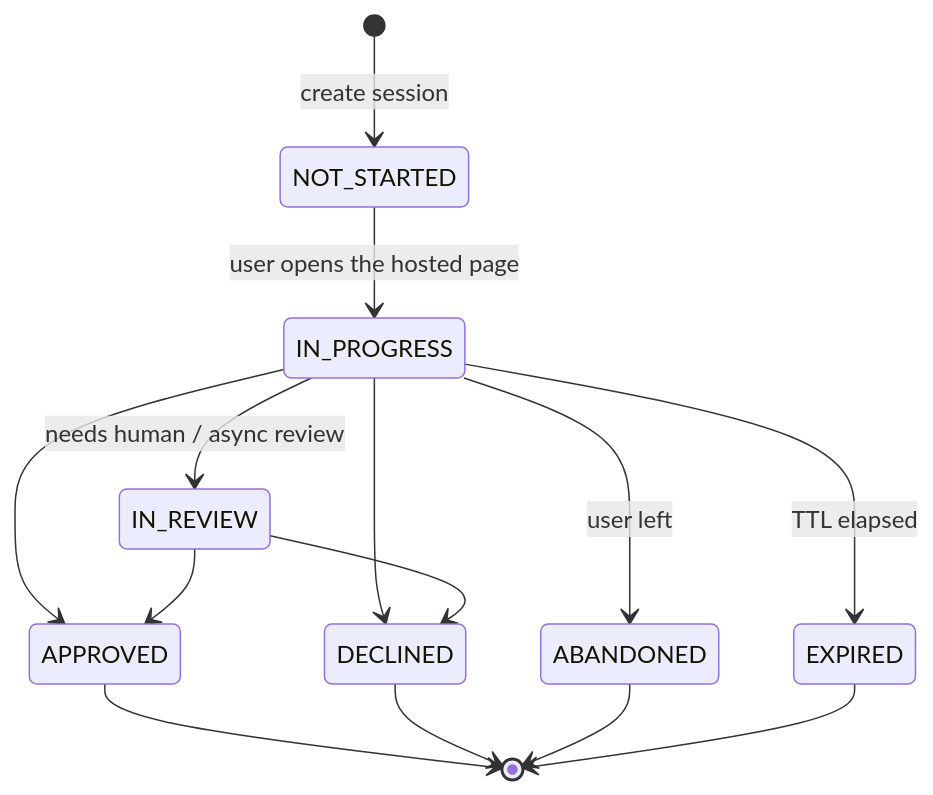
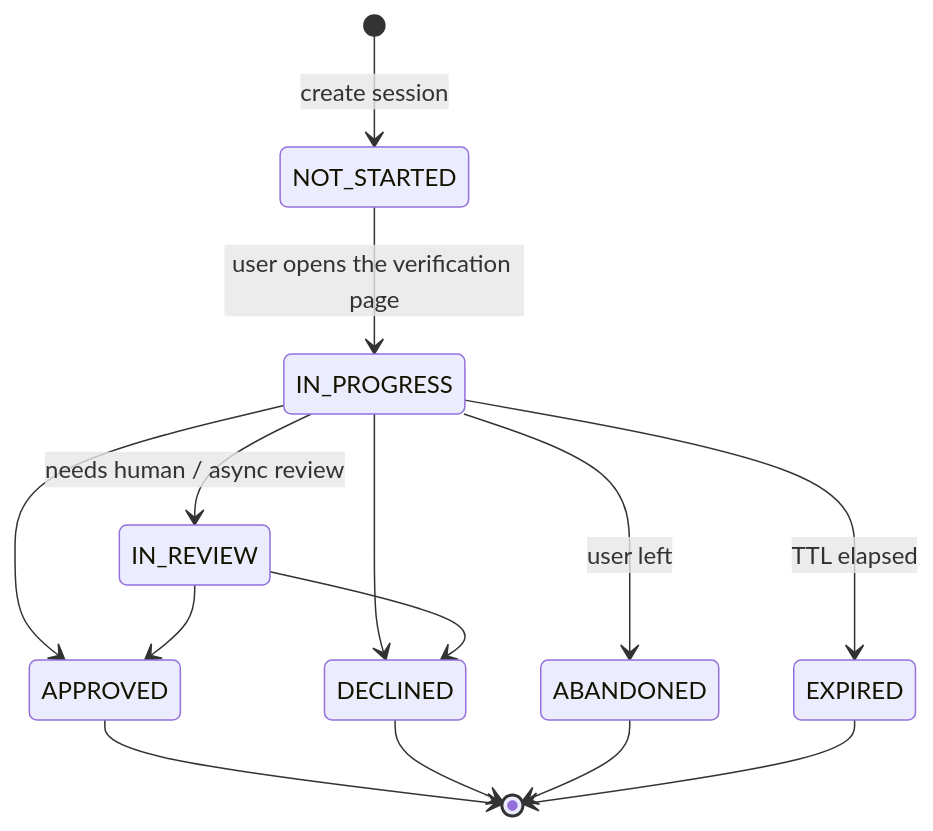
Before and after one commit to valyd-id/documentation: the diagram in content/verifications/session-lifecycle.md, drawn with Mermaid. The commit also changed other lines of this file and 97 other files, not shown here.

````diff
--- a/content/verifications/session-lifecycle.md
+++ b/content/verifications/session-lifecycle.md
@@ -11,16 +11,16 @@
 ```mermaid
 stateDiagram-v2
     [*] --> NOT_STARTED: create session
-    NOT_STARTED --> IN_PROGRESS: user opens the hosted page
+    NOT_STARTED --> IN_PROGRESS: user opens the verification page
     IN_PROGRESS --> IN_REVIEW: needs human / async review
     IN_PROGRESS --> APPROVED
     IN_PROGRESS --> DECLINED
     IN_PROGRESS --> ABANDONED: user left
     IN_PROGRESS --> EXPIRED: TTL elapsed
     IN_REVIEW --> APPROVED
     IN_REVIEW --> DECLINED
     APPROVED --> [*]
     DECLINED --> [*]
     ABANDONED --> [*]
     EXPIRED --> [*]
 ```
````
